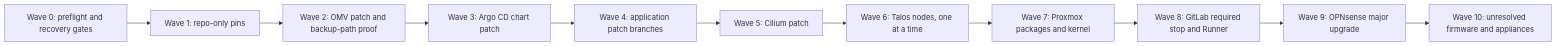
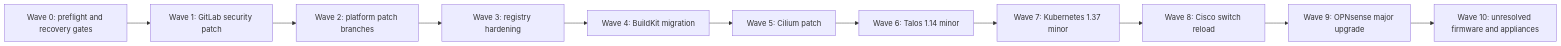
Before and after one commit to jsawyerdev/homelab-showcase: the diagram in UPGRADE-PLAN.md, drawn with Mermaid. The commit also changed other lines of this file and 4 other files, not shown here.

````diff
--- a/UPGRADE-PLAN.md
+++ b/UPGRADE-PLAN.md
@@ -36,13 +74,13 @@
 ```mermaid
 flowchart LR
-    P["Wave 0: preflight and recovery gates"] --> R["Wave 1: repo-only pins"]
-    R --> O["Wave 2: OMV patch and backup-path proof"]
-    O --> A["Wave 3: Argo CD chart patch"]
-    A --> S["Wave 4: application patch branches"]
-    S --> C["Wave 5: Cilium patch"]
-    C --> T["Wave 6: Talos nodes, one at a time"]
-    T --> H["Wave 7: Proxmox packages and kernel"]
-    H --> G["Wave 8: GitLab required stop and Runner"]
-    G --> F["Wave 9: OPNsense major upgrade"]
+    P["Wave 0: preflight and recovery gates"] --> X["Wave 1: GitLab security patch"]
+    X --> R["Wave 2: platform patch branches"]
+    R --> H["Wave 3: registry hardening"]
+    H --> B["Wave 4: BuildKit migration"]
+    B --> C["Wave 5: Cilium patch"]
+    C --> T["Wave 6: Talos 1.14 minor"]
+    T --> K["Wave 7: Kubernetes 1.37 minor"]
+    K --> E["Wave 8: Cisco switch reload"]
+    E --> F["Wave 9: OPNsense major upgrade"]
     F --> U["Wave 10: unresolved firmware and appliances"]
 ```
````
